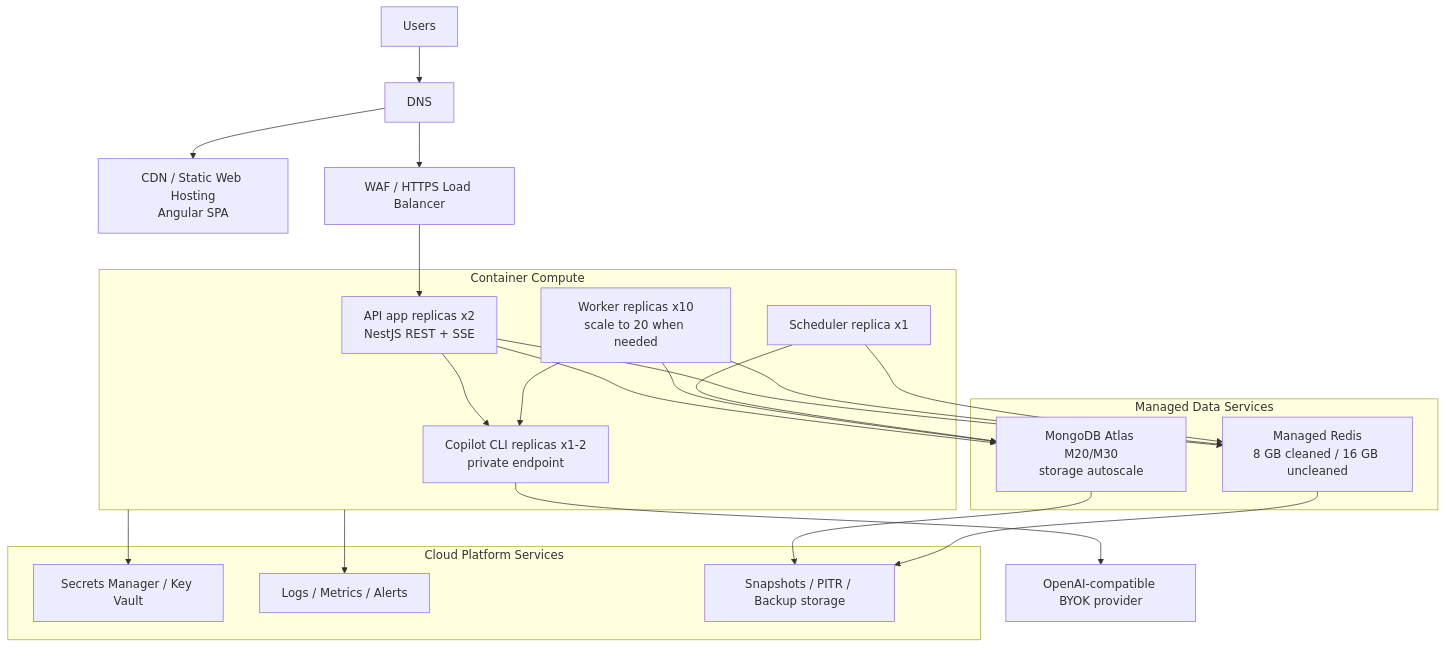
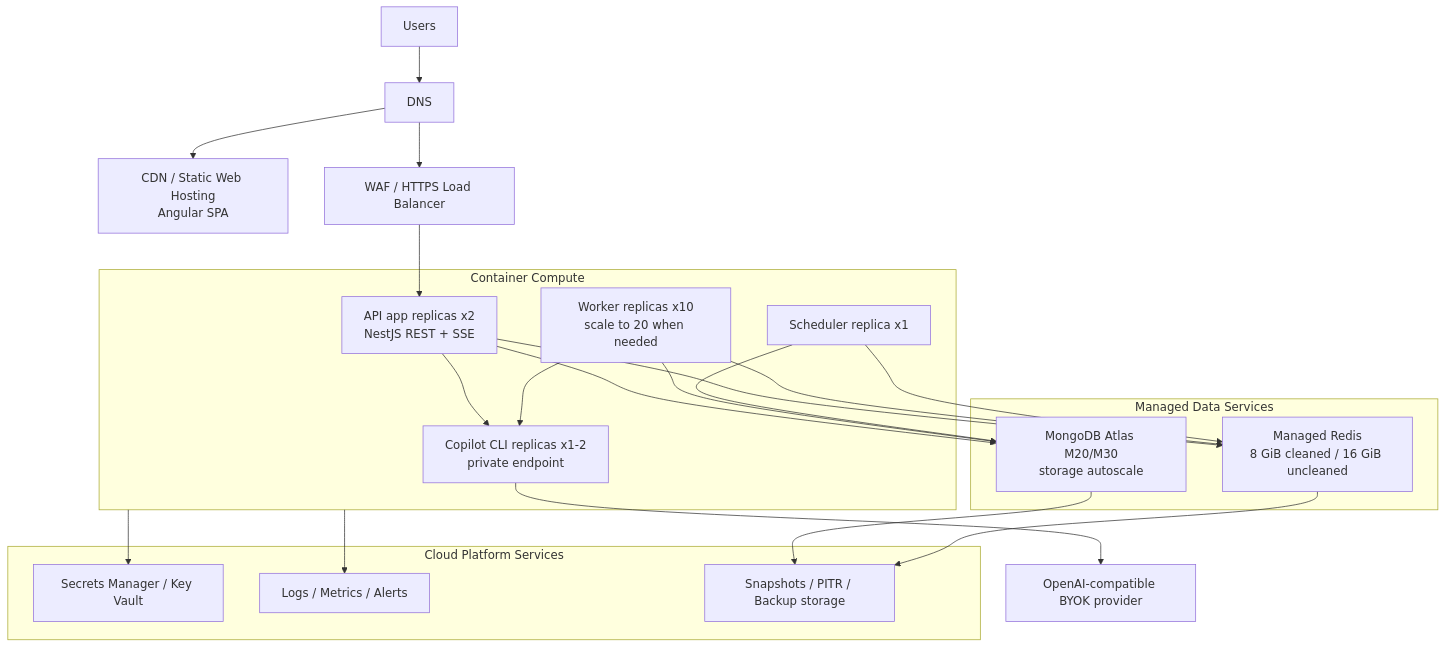
Before and after one commit to chunkai1312/temp: diagram 12 of 17 in production-resource-architecture-proposal.md, drawn with Mermaid. The commit also changed other lines of this file, not shown here.

````diff
--- a/production-resource-architecture-proposal.md
+++ b/production-resource-architecture-proposal.md
@@ -483,39 +481,39 @@
 ```mermaid
 flowchart TB
   USERS["Users"] --> DNS["DNS"]
   DNS --> CDN["CDN / Static Web Hosting\nAngular SPA"]
   DNS --> WAF["WAF / HTTPS Load Balancer"]
   WAF --> API["API app replicas x2\nNestJS REST + SSE"]
 
   subgraph COMPUTE["Container Compute"]
     API
     CLI["Copilot CLI replicas x1-2\nprivate endpoint"]
     WORKERS["Worker replicas x10\nscale to 20 when needed"]
     SCHED["Scheduler replica x1"]
   end
 
   subgraph MANAGED["Managed Data Services"]
     ATLAS["MongoDB Atlas M20/M30\nstorage autoscale"]
-    REDIS["Managed Redis\n8 GB cleaned / 16 GB uncleaned"]
+    REDIS["Managed Redis\n8 GiB cleaned / 16 GiB uncleaned"]
   end
 
   subgraph PLATFORM["Cloud Platform Services"]
     SECRETS["Secrets Manager / Key Vault"]
     OBS["Logs / Metrics / Alerts"]
     BACKUP["Snapshots / PITR / Backup storage"]
   end
 
   API --> ATLAS
   API --> REDIS
   API --> CLI
   WORKERS --> ATLAS
   WORKERS --> REDIS
   WORKERS --> CLI
   SCHED --> ATLAS
   SCHED --> REDIS
   CLI --> PROVIDER["OpenAI-compatible BYOK provider"]
   COMPUTE --> OBS
   ATLAS --> BACKUP
   REDIS --> BACKUP
   COMPUTE --> SECRETS
 ```
````
